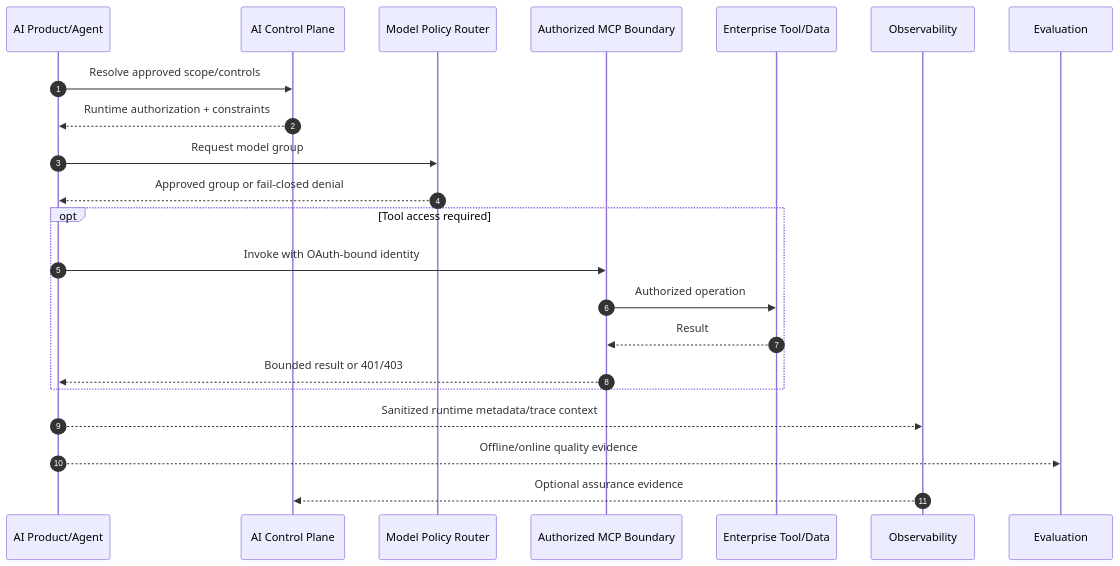
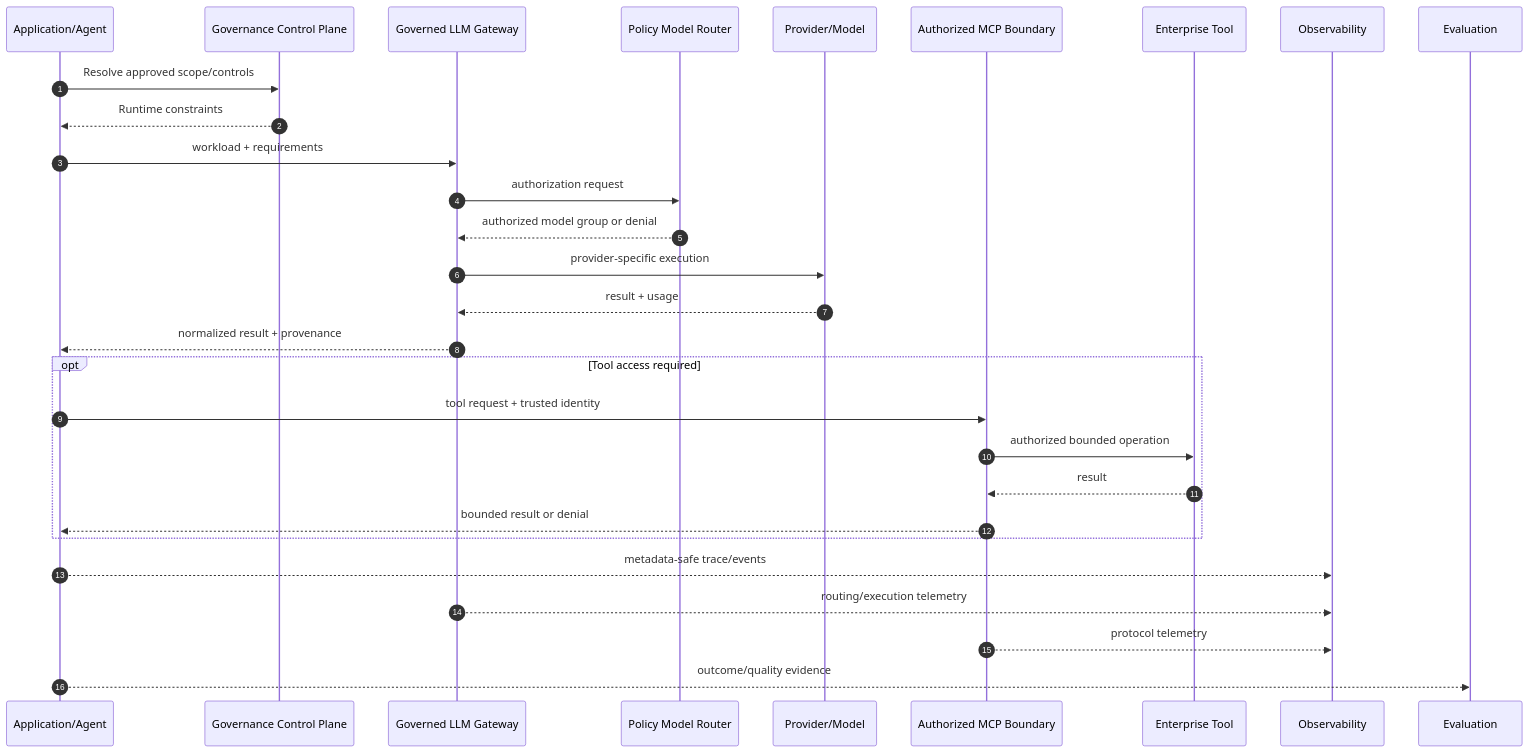
The second of 2 diagrams in PORTFOLIO_ARCHITECTURE.md (brunovicco/brunovicco), drawn with Mermaid before and after one commit. The commit also changed other lines of this file and 3 other files, not shown here.

````diff
--- a/PORTFOLIO_ARCHITECTURE.md
+++ b/PORTFOLIO_ARCHITECTURE.md
@@ -330,27 +717,37 @@
 ```mermaid
 sequenceDiagram
     autonumber
-    participant App as AI Product/Agent
-    participant Gov as AI Control Plane
-    participant Router as Model Policy Router
+
+    participant App as Application/Agent
+    participant Gov as Governance Control Plane
+    participant GW as Governed LLM Gateway
+    participant PDP as Policy Model Router
+    participant LLM as Provider/Model
     participant MCP as Authorized MCP Boundary
-    participant Tool as Enterprise Tool/Data
+    participant Tool as Enterprise Tool
     participant OTel as Observability
     participant Eval as Evaluation
 
     App->>Gov: Resolve approved scope/controls
-    Gov-->>App: Runtime authorization + constraints
-    App->>Router: Request model group
-    Router-->>App: Approved group or fail-closed denial
+    Gov-->>App: Runtime constraints
+
+    App->>GW: workload + requirements
+    GW->>PDP: authorization request
+    PDP-->>GW: authorized model group or denial
+    GW->>LLM: provider-specific execution
+    LLM-->>GW: result + usage
+    GW-->>App: normalized result + provenance
 
     opt Tool access required
-        App->>MCP: Invoke with OAuth-bound identity
-        MCP->>Tool: Authorized operation
-        Tool-->>MCP: Result
-        MCP-->>App: Bounded result or 401/403
+        App->>MCP: tool request + trusted identity
+        MCP->>Tool: authorized bounded operation
+        Tool-->>MCP: result
+        MCP-->>App: bounded result or denial
     end
 
-    App-->>OTel: Sanitized runtime metadata/trace context
-    App-->>Eval: Offline/online quality evidence
-    OTel-->>Gov: Optional assurance evidence
+    App-->>OTel: metadata-safe trace/events
+    GW-->>OTel: routing/execution telemetry
+    MCP-->>OTel: protocol telemetry
+
+    App-->>Eval: outcome/quality evidence
 ```
````
